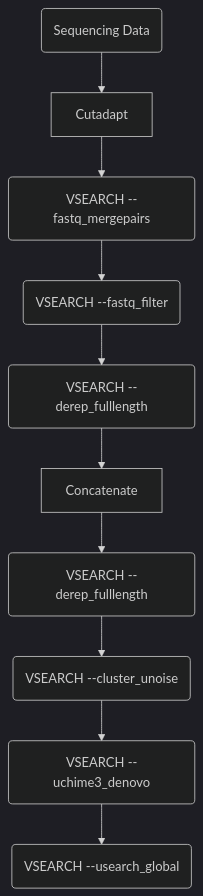
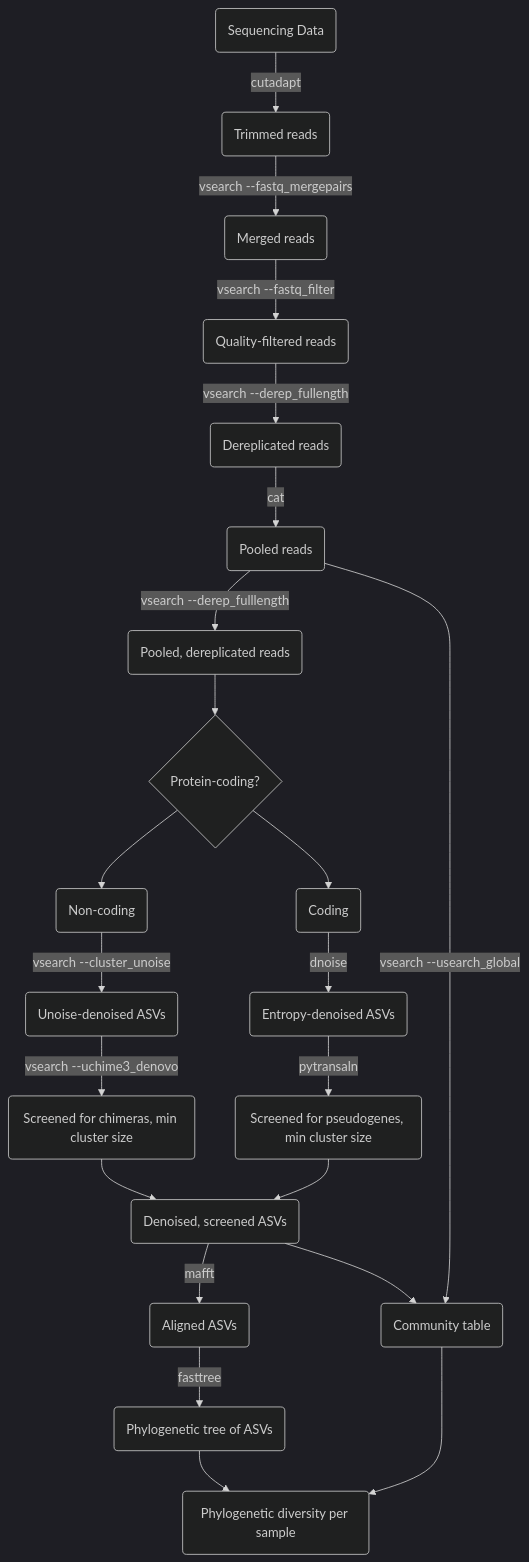
The diagram in README.md (monagrland/MB_Pipeline), drawn with Mermaid (dark theme) before and after one commit.

Commit message:
Update flowchart in readme

````diff
--- a/README.md
+++ b/README.md
@@ -284,12 +284,24 @@
 ```mermaid
 flowchart TB
-    seq_data(Sequencing Data)--> Cutadapt
-    Cutadapt --> vsearch_merge(VSEARCH --fastq_mergepairs)
-    vsearch_merge(VSEARCH --fastq_mergepairs) --> vsearch_filter(VSEARCH --fastq_filter)
-    vsearch_filter(VSEARCH --fastq_filter) --> vsearch_dereplicate(VSEARCH --derep_fullength)
-    vsearch_dereplicate(VSEARCH --derep_fulllength) --> Concatenate
-    Concatenate --> vsearch_dereplicate2(VSEARCH --derep_fulllength)
-    vsearch_dereplicate2(VSEARCH --derep_fulllength) --> vsearch_denoise(VSEARCH --cluster_unoise)
-    vsearch_denoise(VSEARCH --cluster_unoise) --> vsearch_chimera(VSEARCH --uchime3_denovo)
-    vsearch_chimera(VSEARCH --uchime3_denovo) --> vsearch_com_table(VSEARCH --usearch_global)
+    seq_data(Sequencing Data)--> |cutadapt| trimmed(Trimmed reads)
+    trimmed --> |vsearch --fastq_mergepairs| merged(Merged reads)
+    merged --> |vsearch --fastq_filter| filtered(Quality-filtered reads)
+    filtered --> |vsearch --derep_fullength| derep1(Dereplicated reads)
+    derep1 --> |cat| concat(Pooled reads)
+    concat --> |vsearch --derep_fulllength| derep2(Pooled, dereplicated reads)
+    derep2 --> coding_or_noncoding{Protein-coding?}
+    coding_or_noncoding --> coding(Coding)
+    coding --> |dnoise| dnoise_denoised(Entropy-denoised ASVs)
+    dnoise_denoised --> |pytransaln| pseudogene_screened(Screened for pseudogenes, min cluster size)
+    coding_or_noncoding --> noncoding(Non-coding)
+    noncoding --> |vsearch --cluster_unoise| unoise_denoised(Unoise-denoised ASVs)
+    unoise_denoised --> |vsearch --uchime3_denovo| uchime_screened(Screened for chimeras, min cluster size)
+    uchime_screened --> asvs(Denoised, screened ASVs)
+    pseudogene_screened --> asvs
+    asvs --> comtab(Community table)
+    concat --> |vsearch --usearch_global| comtab
+    asvs --> |mafft| align(Aligned ASVs)
+    align --> |fasttree| phylogeny(Phylogenetic tree of ASVs)
+    phylogeny --> faithpd(Phylogenetic diversity per sample)
+    comtab --> faithpd
 ```
````
